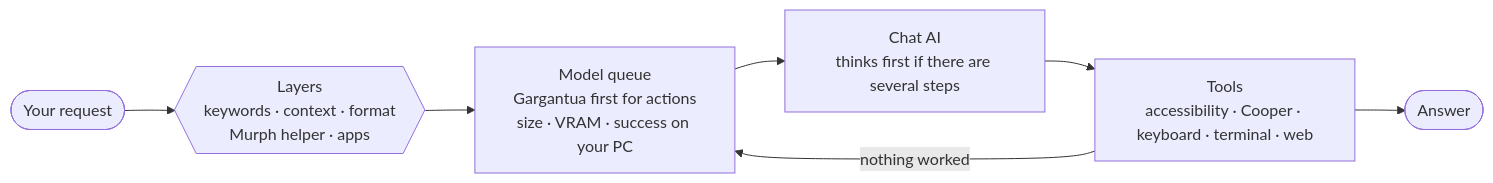
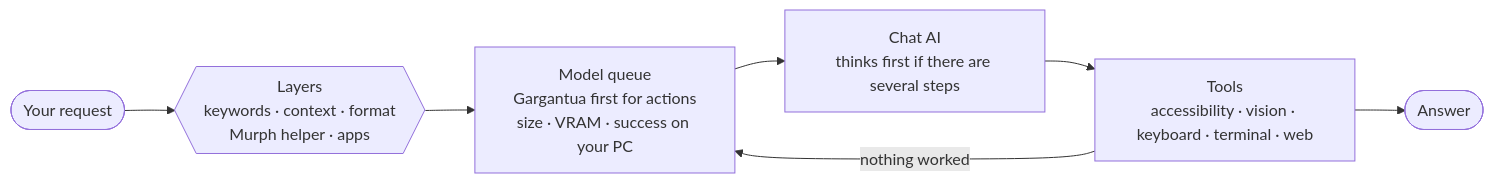
The diagram in README.md (project-opentars/OpenTARS), drawn with Mermaid before and after one commit. The commit also changed other lines of this file and 4 other files, not shown here.

````diff
--- a/README.md
+++ b/README.md
@@ -319,9 +320,9 @@
 ```mermaid
 flowchart LR
     P([Your request]) --> L{{"Layers<br/>keywords · context · format<br/>Murph helper · apps"}}
     L --> M["Model queue<br/>Gargantua first for actions<br/>size · VRAM · success on your PC"]
     M --> IA["Chat AI<br/>thinks first if there are several steps"]
-    IA --> F["Tools<br/>accessibility · Cooper · keyboard · terminal · web"]
+    IA --> F["Tools<br/>accessibility · vision · keyboard · terminal · web"]
     F -- "nothing worked" --> M
     F --> S([Answer])
 ```
````
